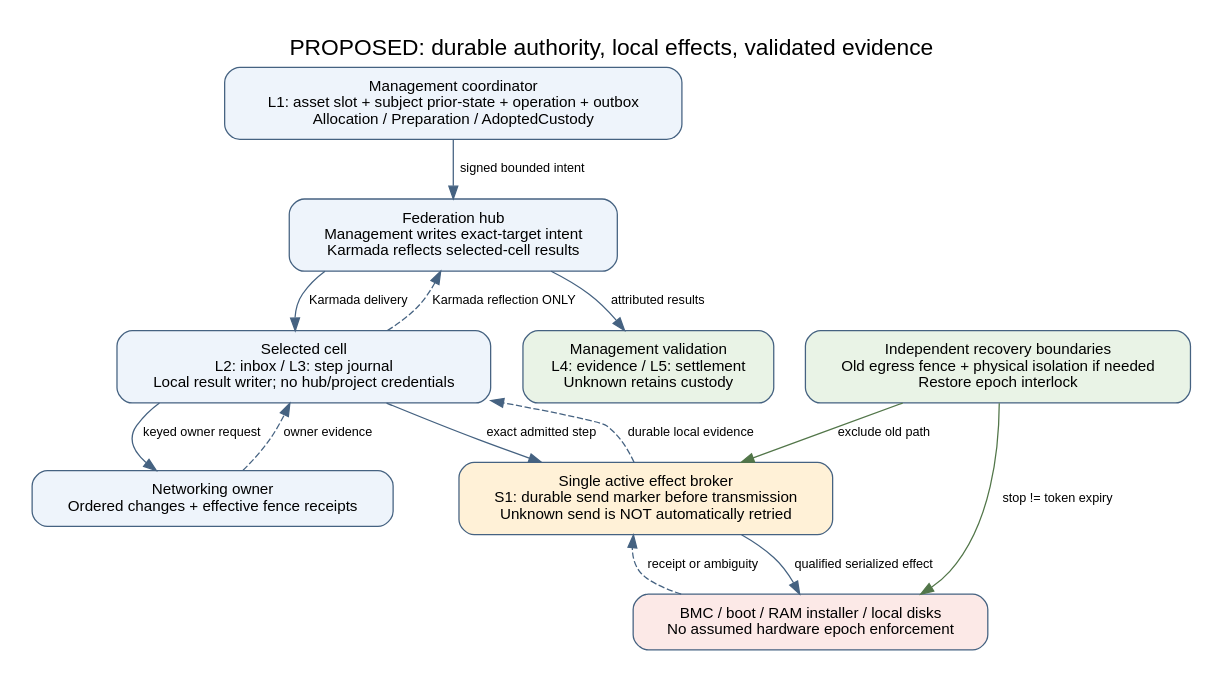
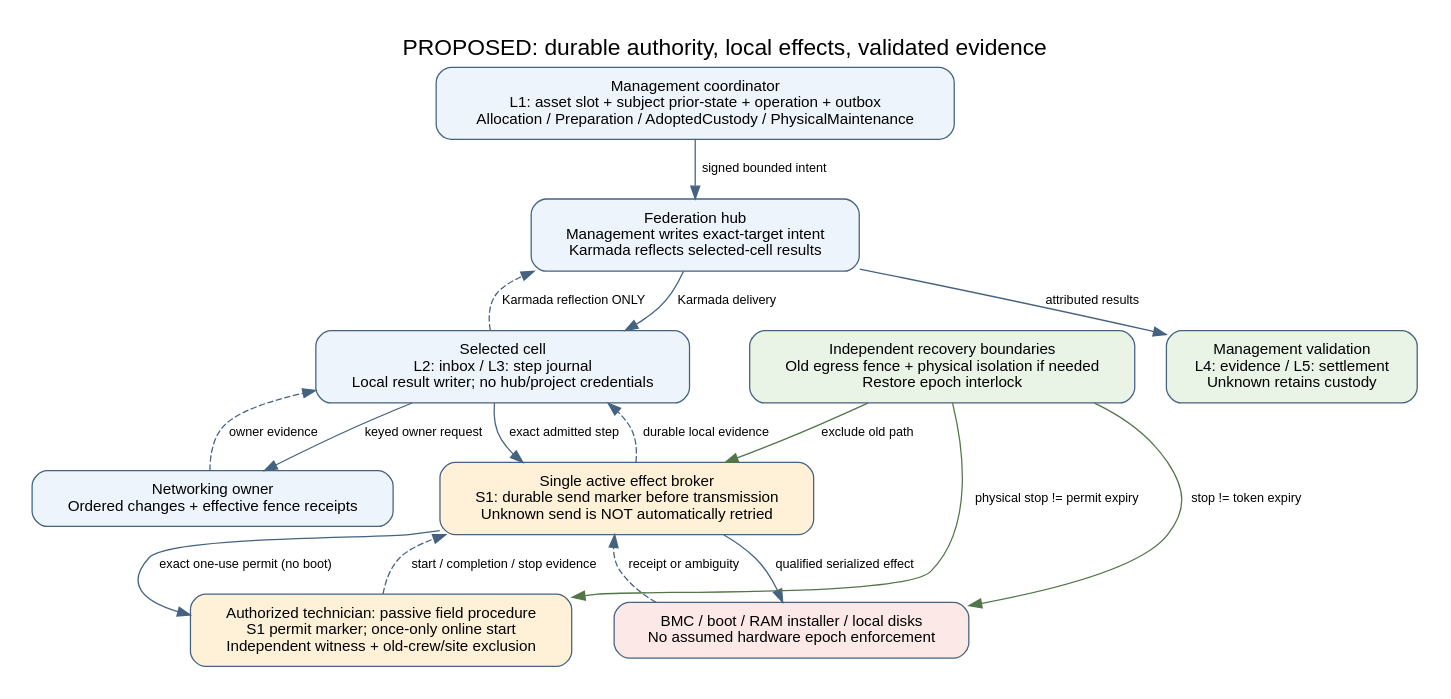
One commit to datum-cloud/fleet changed the diagram in docs/enhancements/execution-recovery/diagrams/execution-path.dot. Above: the diagram before and after it, drawn with Graphviz. The commit also changed 5 other files, not shown here.

Commit message:
docs: define journaled physical maintenance permits and settlement

```diff
--- a/docs/enhancements/execution-recovery/diagrams/execution-path.dot
+++ b/docs/enhancements/execution-recovery/diagrams/execution-path.dot
@@ -1,25 +1,29 @@
 digraph execution_path {
   graph [rankdir=TB, bgcolor="white", pad="0.25", nodesep="0.35", ranksep="0.48", fontname="Helvetica", label="PROPOSED: durable authority, local effects, validated evidence", labelloc=t, fontsize=18];
   node [shape=box, style="rounded,filled", fillcolor="#eef4fb", color="#456281", fontname="Helvetica", fontsize=12, margin="0.17,0.12"];
   edge [color="#456281", fontname="Helvetica", fontsize=10];
-  management [label="Management coordinator\nL1: asset slot + subject prior-state + operation + outbox\nAllocation / Preparation / AdoptedCustody"];
+  management [label="Management coordinator\nL1: asset slot + subject prior-state + operation + outbox\nAllocation / Preparation / AdoptedCustody / PhysicalMaintenance"];
   hub [label="Federation hub\nManagement writes exact-target intent\nKarmada reflects selected-cell results"];
   cell [label="Selected cell\nL2: inbox / L3: step journal\nLocal result writer; no hub/project credentials"];
   broker [label="Single active effect broker\nS1: durable send marker before transmission\nUnknown send is NOT automatically retried", fillcolor="#fff1d7"];
   hardware [label="BMC / boot / RAM installer / local disks\nNo assumed hardware epoch enforcement", fillcolor="#fce9e7"];
+  field [label="Authorized technician: passive field procedure\nS1 permit marker; once-only online start\nIndependent witness + old-crew/site exclusion", fillcolor="#fff1d7"];
   network [label="Networking owner\nOrdered changes + effective fence receipts"];
   recovery [label="Independent recovery boundaries\nOld egress fence + physical isolation if needed\nRestore epoch interlock", fillcolor="#e9f3e6"];
   validate [label="Management validation\nL4: evidence / L5: settlement\nUnknown retains custody", fillcolor="#e9f3e6"];
   management -> hub [label="signed bounded intent"];
   hub -> cell [label="Karmada delivery"];
   cell -> broker [label="exact admitted step"];
   broker -> hardware [label="qualified serialized effect"];
+  broker -> field [label="exact one-use permit (no boot)"];
+  field -> broker [label="start / completion / stop evidence", style=dashed];
   cell -> network [label="keyed owner request"];
   network -> cell [label="owner evidence", style=dashed];
   hardware -> broker [label="receipt or ambiguity", style=dashed];
   broker -> cell [label="durable local evidence", style=dashed];
   cell -> hub [label="Karmada reflection ONLY", style=dashed];
   hub -> validate [label="attributed results"];
   recovery -> broker [label="exclude old path", color="#527649"];
   recovery -> hardware [label="stop != token expiry", color="#527649"];
+  recovery -> field [label="physical stop != permit expiry", color="#527649"];
 }
```
